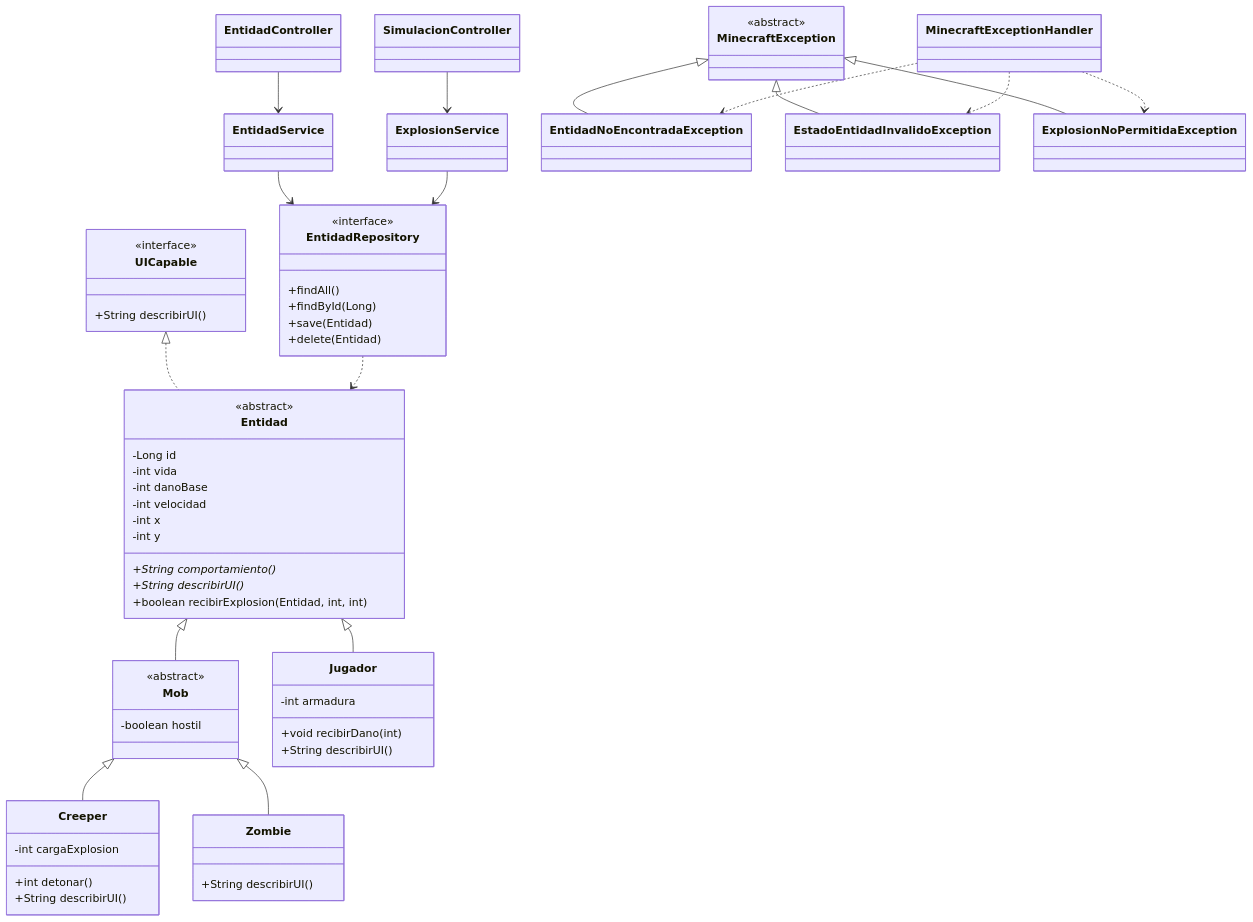
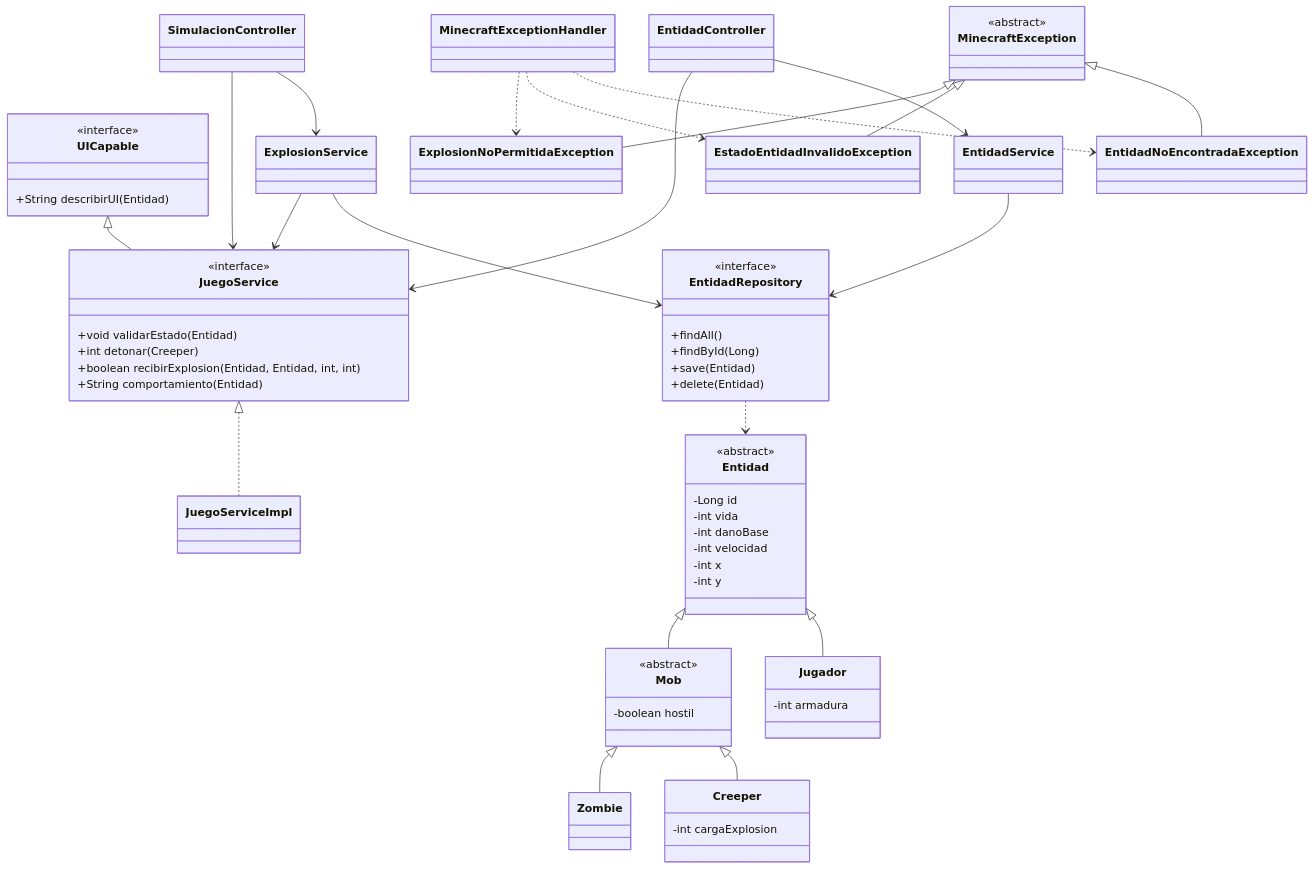
One commit to SGDFM/sgomezdelafuente-talle-git-2026 changed the diagram in README.md. Above: the diagram before and after it, drawn with Mermaid. The commit also changed other lines of this file and 34 other files, not shown here.

```diff
--- a/README.md
+++ b/README.md
@@ -315,7 +313,7 @@
 classDiagram
     class UICapable {
         <<interface>>
-        +String describirUI()
+        +String describirUI(Entidad)
     }
 
     class Entidad {
@@ -326,9 +324,6 @@
         -int velocidad
         -int x
         -int y
-        +String comportamiento()*
-        +String describirUI()*
-        +boolean recibirExplosion(Entidad, int, int)
     }
 
     class Mob {
@@ -338,19 +333,13 @@
 
     class Jugador {
         -int armadura
-        +void recibirDano(int)
-        +String describirUI()
     }
 
     class Creeper {
         -int cargaExplosion
-        +int detonar()
-        +String describirUI()
     }
 
-    class Zombie {
-        +String describirUI()
-    }
+    class Zombie
 
     class EntidadRepository {
         <<interface>>
@@ -362,6 +351,14 @@
 
     class EntidadService
     class ExplosionService
+    class JuegoService {
+        <<interface>>
+        +void validarEstado(Entidad)
+        +int detonar(Creeper)
+        +boolean recibirExplosion(Entidad, Entidad, int, int)
+        +String comportamiento(Entidad)
+    }
+    class JuegoServiceImpl
     class EntidadController
     class SimulacionController
 
@@ -373,16 +370,21 @@
     class ExplosionNoPermitidaException
     class MinecraftExceptionHandler
 
-    UICapable <|.. Entidad
     Entidad <|-- Jugador
     Entidad <|-- Mob
     Mob <|-- Creeper
     Mob <|-- Zombie
 
+    UICapable <|-- JuegoService
+    JuegoService <|.. JuegoServiceImpl
+
     EntidadController --> EntidadService
+    EntidadController --> JuegoService
     SimulacionController --> ExplosionService
+    SimulacionController --> JuegoService
     EntidadService --> EntidadRepository
     ExplosionService --> EntidadRepository
+    ExplosionService --> JuegoService
     EntidadRepository ..> Entidad
 
     MinecraftException <|-- EntidadNoEncontradaException
```
